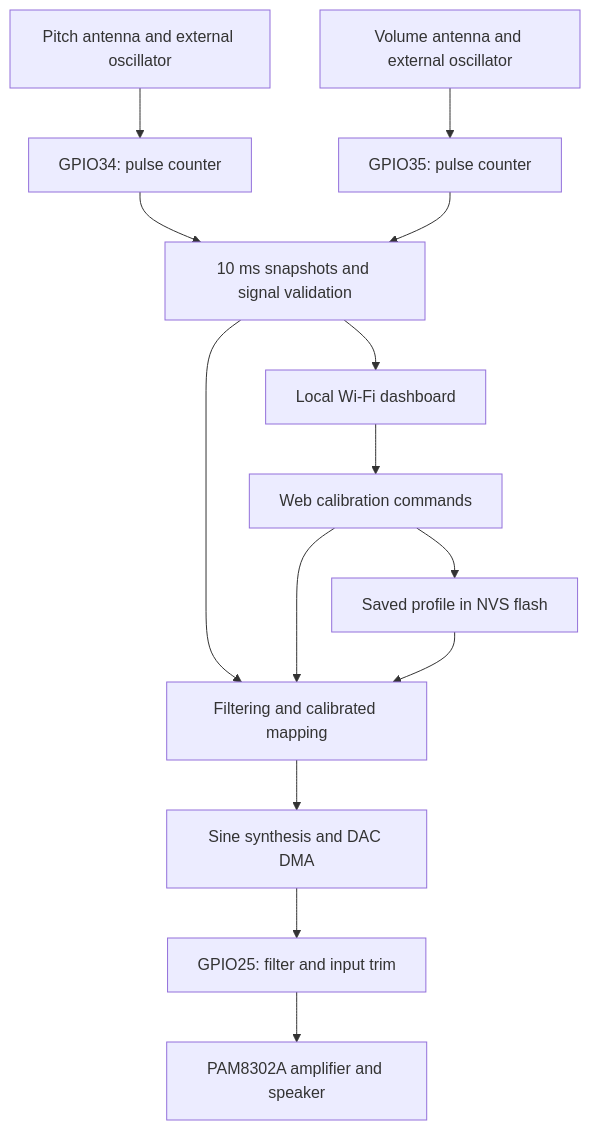
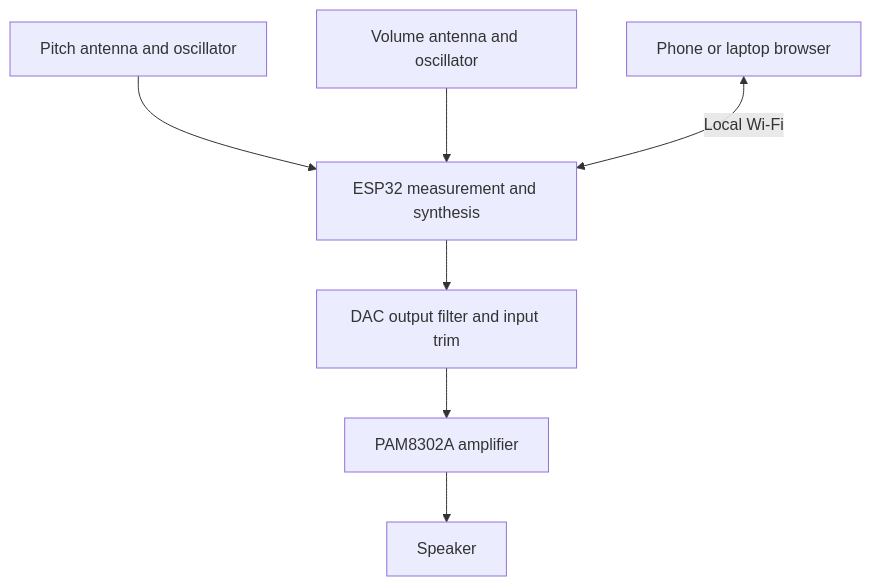
The diagram in docs/index.md (YaonanH/Theremin), drawn with Mermaid before and after one commit. The commit also changed other lines of this file and 8 other files, not shown here.

Commit message:
Clarify documentation and detail ESP32 architecture

````diff
--- a/docs/index.md
+++ b/docs/index.md
@@ -11,16 +10,9 @@
 ```{mermaid}
 flowchart TB
-    P[Pitch antenna and external oscillator] --> PC[GPIO34: pulse counter]
-    V[Volume antenna and external oscillator] --> VC[GPIO35: pulse counter]
-    PC --> M[10 ms snapshots and signal validation]
-    VC --> M
-    M --> F[Filtering and calibrated mapping]
-    F --> A[Sine synthesis and DAC DMA]
-    A --> D[GPIO25: filter and input trim]
-    D --> S[PAM8302A amplifier and speaker]
-    M --> W[Local Wi-Fi dashboard]
-    W --> C[Web calibration commands]
-    C --> F
-    C --> N[Saved profile in NVS flash]
-    N --> F
+    Pitch[Pitch antenna and oscillator] --> ESP[ESP32 measurement and synthesis]
+    Volume[Volume antenna and oscillator] --> ESP
+    ESP --> Filter[DAC output filter and input trim]
+    Filter --> Amplifier[PAM8302A amplifier]
+    Amplifier --> Speaker[Speaker]
+    Browser[Phone or laptop browser] <-->|Local Wi-Fi| ESP
 ```
````
